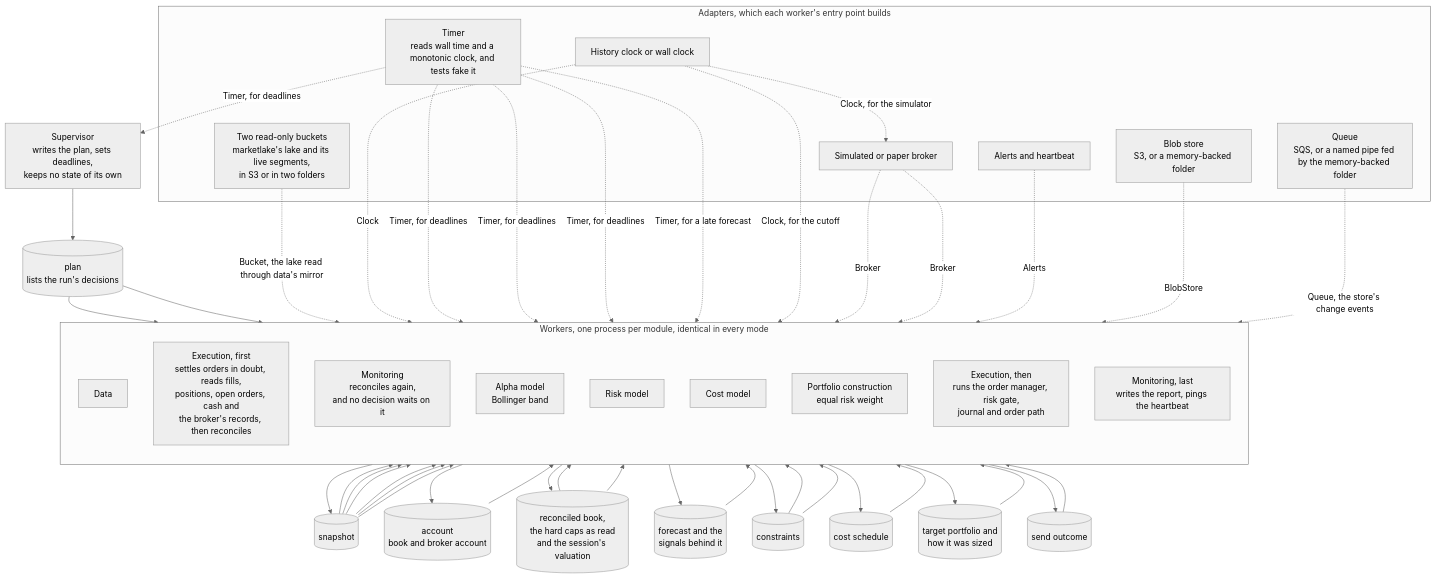
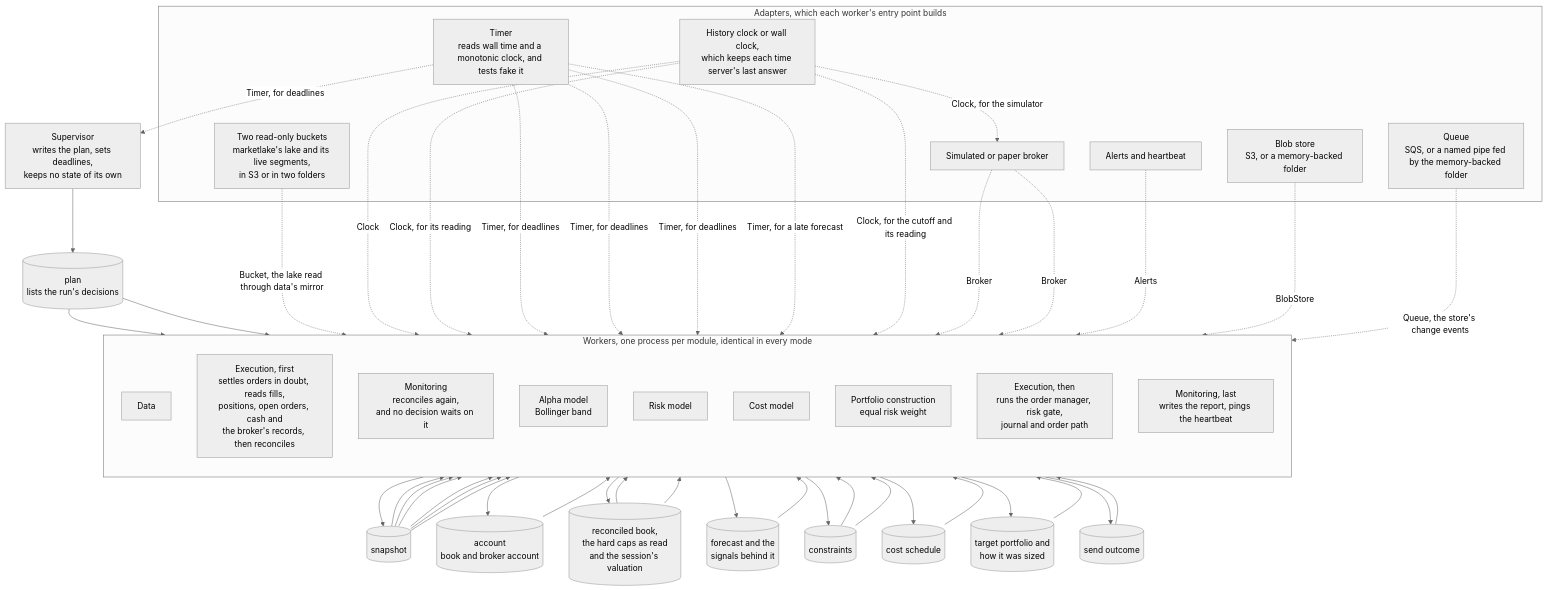
The first of 11 diagrams in docs/architecture/05-building-blocks.md (l3a0/ithildin-runtime), drawn with Mermaid (neutral theme) before and after one commit. The commit also changed other lines of this file and 40 other files, not shown here.

First line of the commit message:
feat(clock): measure the machine's clock, and halt a decision past its bounds

````diff
--- a/docs/architecture/05-building-blocks.md
+++ b/docs/architecture/05-building-blocks.md
@@ -57,73 +57,74 @@
 ```mermaid
 flowchart TB
     sup["Supervisor<br/>writes the plan, sets deadlines,<br/>keeps no state of its own"]
     plan[("plan<br/>lists the run's decisions")]
     sup --> plan
 
     subgraph workers["Workers, one process per module, identical in every mode"]
         direction TB
         data["Data"]
         exec_recover["Execution, first<br/>settles orders in doubt, reads fills,<br/>positions, open orders, cash and<br/>the broker's records, then reconciles"]
         mon_recon["Monitoring<br/>reconciles again,<br/>and no decision waits on it"]
         alpha["Alpha model<br/>Bollinger band"]
         risk["Risk model"]
         cost["Cost model"]
         pc["Portfolio construction<br/>equal risk weight"]
         exec_send["Execution, then<br/>runs the order manager, risk gate,<br/>journal and order path"]
         mon_report["Monitoring, last<br/>writes the report, pings the heartbeat"]
     end
 
     snap[("snapshot")]
     acct[("account<br/>book and broker account")]
     book[("reconciled book,<br/>the hard caps as read<br/>and the session's valuation")]
     fc[("forecast and the<br/>signals behind it")]
     cons[("constraints")]
     sched[("cost schedule")]
     target[("target portfolio and<br/>how it was sized")]
     outcome[("send outcome")]
 
     plan --> data
     plan --> exec_recover
     snap --> exec_recover
     data --> snap
     exec_recover --> acct --> mon_recon
     exec_recover --> book
     snap --> alpha --> fc
     snap --> risk
     book --> risk --> cons
     snap --> cost --> sched
     snap --> pc
     fc --> pc
     cons --> pc
     sched --> pc
     book --> pc --> target
     target --> exec_send
     cons --> exec_send
     snap --> exec_send
     exec_send --> outcome --> mon_report
 
     subgraph adapters["Adapters, which each worker's entry point builds"]
         lakesrc["Two read-only buckets<br/>marketlake's lake and its live segments,<br/>in S3 or in two folders"]
-        clock["History clock or wall clock"]
+        clock["History clock or wall clock,<br/>which keeps each time server's last answer"]
         timer["Timer<br/>reads wall time and a monotonic clock, and tests fake it"]
         broker["Simulated or paper broker"]
         store["Blob store<br/>S3, or a memory-backed folder"]
         alertsink["Alerts and heartbeat"]
         queue["Queue<br/>SQS, or a named pipe fed by the memory-backed folder"]
     end
 
     lakesrc -. "Bucket, the lake read through data's mirror" .-> data
     clock -. "Clock" .-> data
+    clock -. "Clock, for its reading" .-> mon_report
     timer -. "Timer, for deadlines" .-> sup
     timer -. "Timer, for deadlines" .-> mon_report
     timer -. "Timer, for deadlines" .-> exec_recover
     timer -. "Timer, for deadlines" .-> exec_send
     timer -. "Timer, for a late forecast" .-> pc
-    clock -. "Clock, for the cutoff" .-> exec_send
+    clock -. "Clock, for the cutoff and its reading" .-> exec_send
     clock -. "Clock, for the simulator" .-> broker
     broker -. "Broker" .-> exec_recover
     broker -. "Broker" .-> exec_send
     store -. "BlobStore" .-> workers
     alertsink -. "Alerts" .-> mon_report
         queue -. "Queue, the store's change events" .-> workers
 ```
````
